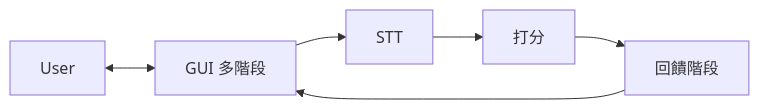
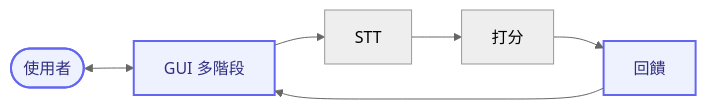
One commit to louis-li-builds/mock-interview-coach-stt-star-feedback-scoring-nlp-uts-project changed the diagram in docs/zh-TW/README.md. Above: the diagram before and after it, drawn with Mermaid. The commit also changed 3 other files, not shown here.

First line of the commit message:
docs: polish Mermaid diagrams and sync scoring UI labels

````diff
--- a/docs/zh-TW/README.md
+++ b/docs/zh-TW/README.md
@@ -37,14 +37,15 @@
 ```mermaid
+%%{init: {'theme':'neutral','flowchart':{'curve':'basis'}}}%%
 flowchart LR
-  U[User]
+  U([使用者])
   G[GUI 多階段]
   STT[STT]
   SC[打分]
-  FB[回饋階段]
+  FB[回饋]
 
   U <--> G
-  G --> STT
-  STT --> SC
-  SC --> FB
-  FB --> G
+  G --> STT --> SC --> FB --> G
+
+  classDef n fill:#eef2ff,stroke:#6366f1,stroke-width:2px,color:#312e81
+  class U,G,FB n
 ```
````
